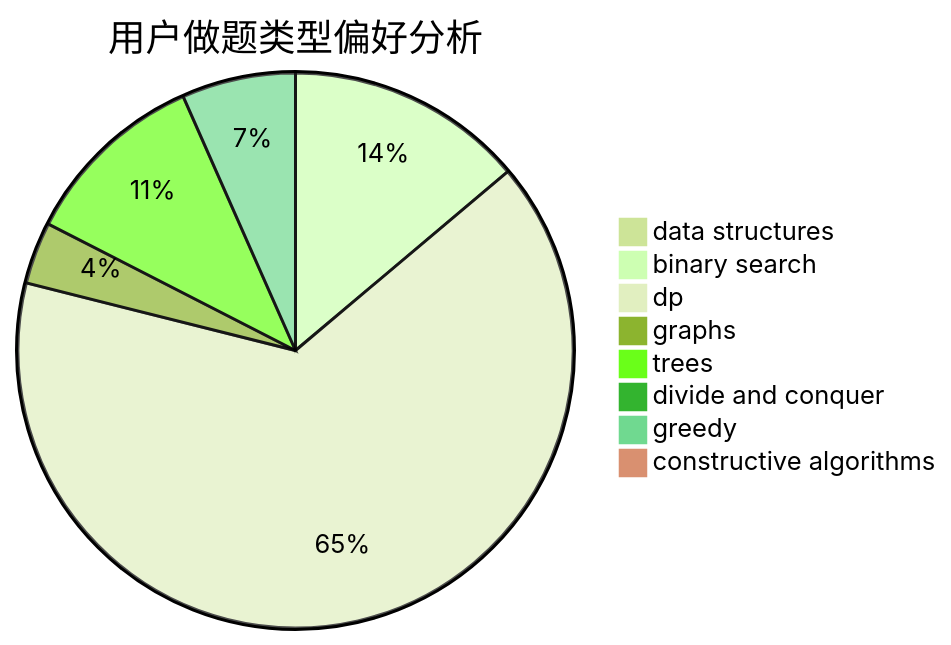
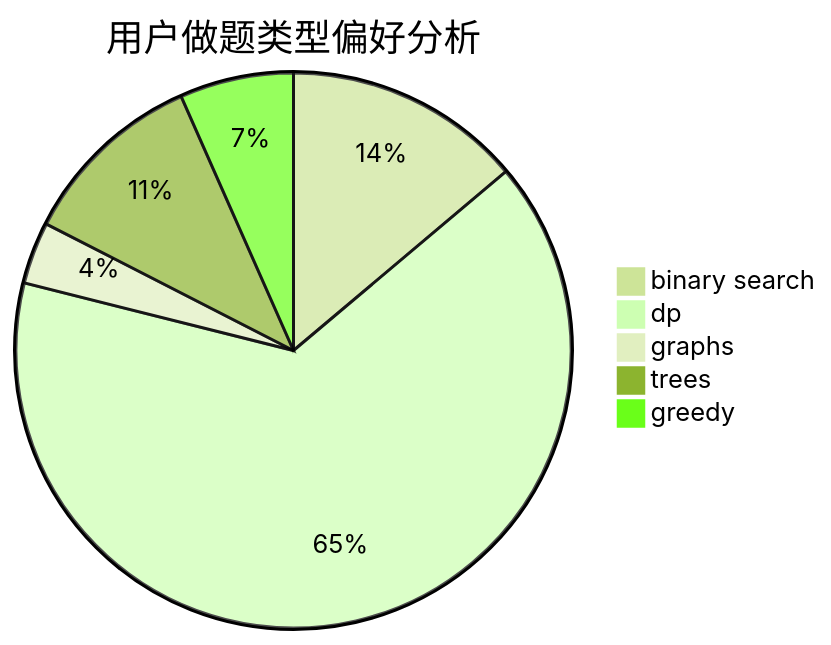
One commit to sherpahu/cfrs.github.io changed the second of 3 diagrams in docs/user/u1804.md. Above: the diagram before and after it, drawn with Mermaid (forest theme). The commit also changed other lines of this file and 2770 other files, not shown here.

````diff
--- a/docs/user/u1804.md
+++ b/docs/user/u1804.md
@@ -18,11 +16,8 @@
 ```mermaid
 pie title 用户做题类型偏好分析
-    "data structures" :  0
     "binary search" :  23
     "dp" :  108
     "graphs" :  6
     "trees" :  18
-    "divide and conquer" :  0
     "greedy" :  11
-    "constructive algorithms" :  0
 ```
````
